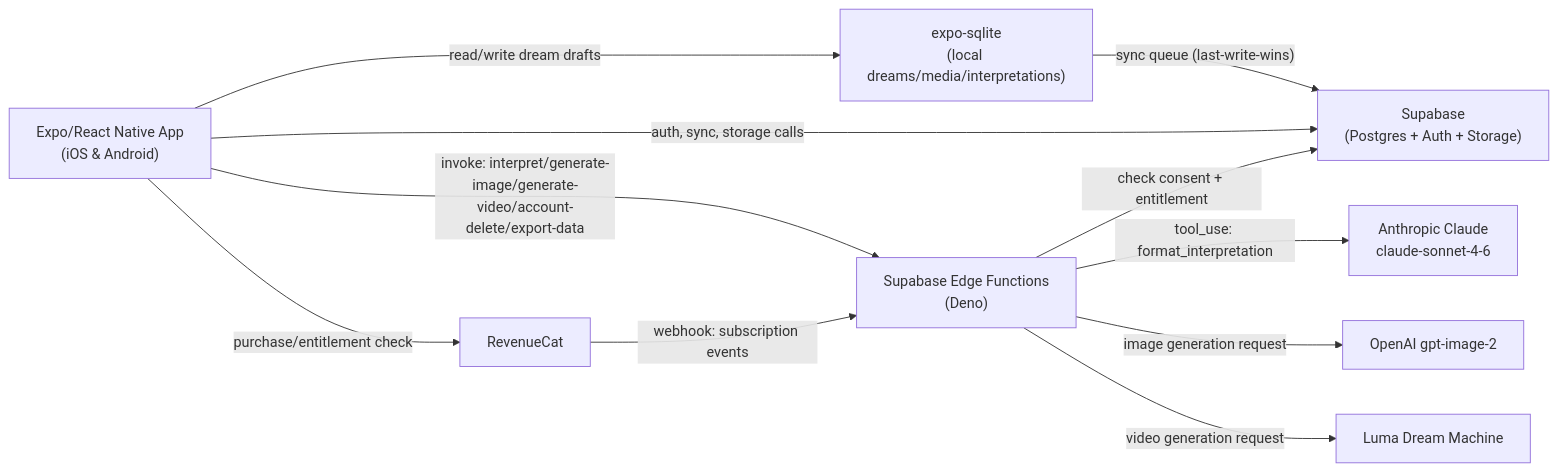
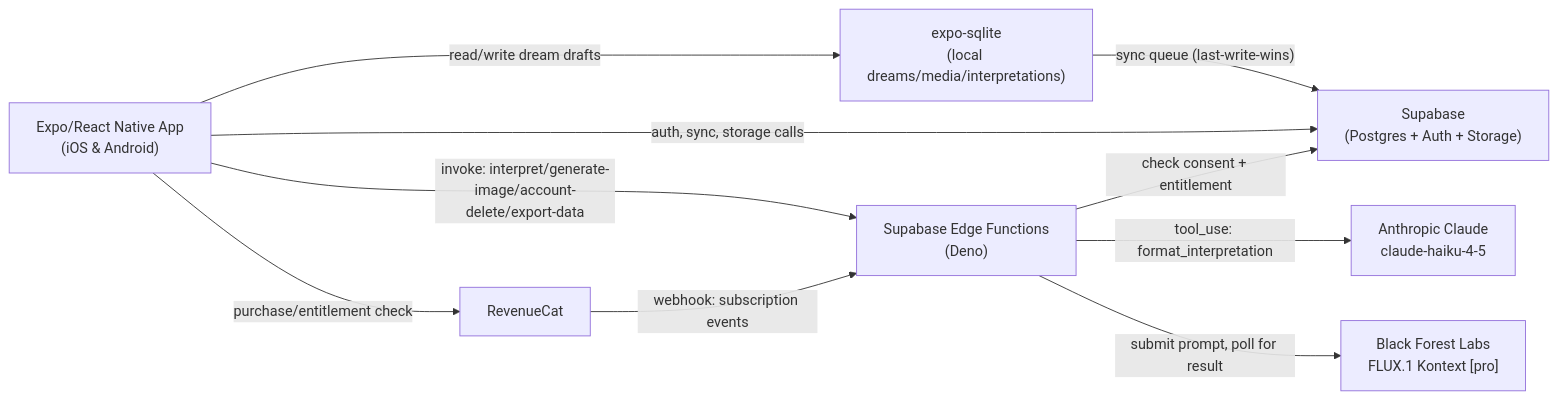
Before and after one commit to Pokka974/Morpheo2: the first of 2 diagrams in PROJECT_OVERVIEW.md, drawn with Mermaid. The commit also changed other lines of this file and 49 other files, not shown here.

First line of the commit message:
feat: move image generation to FLUX.1 Kontext [pro], postpone video

````diff
--- a/PROJECT_OVERVIEW.md
+++ b/PROJECT_OVERVIEW.md
@@ -123,22 +123,20 @@
 ```mermaid
 flowchart LR
     App["Expo/React Native App\n(iOS & Android)"]
     SQLite["expo-sqlite\n(local dreams/media/interpretations)"]
     Supabase["Supabase\n(Postgres + Auth + Storage)"]
     Edge["Supabase Edge Functions\n(Deno)"]
-    Claude["Anthropic Claude\nclaude-sonnet-4-6"]
-    ImgGen["OpenAI gpt-image-2"]
-    Luma["Luma Dream Machine"]
+    Claude["Anthropic Claude\nclaude-haiku-4-5"]
+    ImgGen["Black Forest Labs\nFLUX.1 Kontext [pro]"]
     RC["RevenueCat"]
 
     App -- "read/write dream drafts" --> SQLite
     SQLite -- "sync queue (last-write-wins)" --> Supabase
     App -- "auth, sync, storage calls" --> Supabase
-    App -- "invoke: interpret/generate-image/generate-video/account-delete/export-data" --> Edge
+    App -- "invoke: interpret/generate-image/account-delete/export-data" --> Edge
     Edge -- "check consent + entitlement" --> Supabase
     Edge -- "tool_use: format_interpretation" --> Claude
-    Edge -- "image generation request" --> ImgGen
-    Edge -- "video generation request" --> Luma
+    Edge -- "submit prompt, poll for result" --> ImgGen
     App -- "purchase/entitlement check" --> RC
     RC -- "webhook: subscription events" --> Edge
 ```
````
